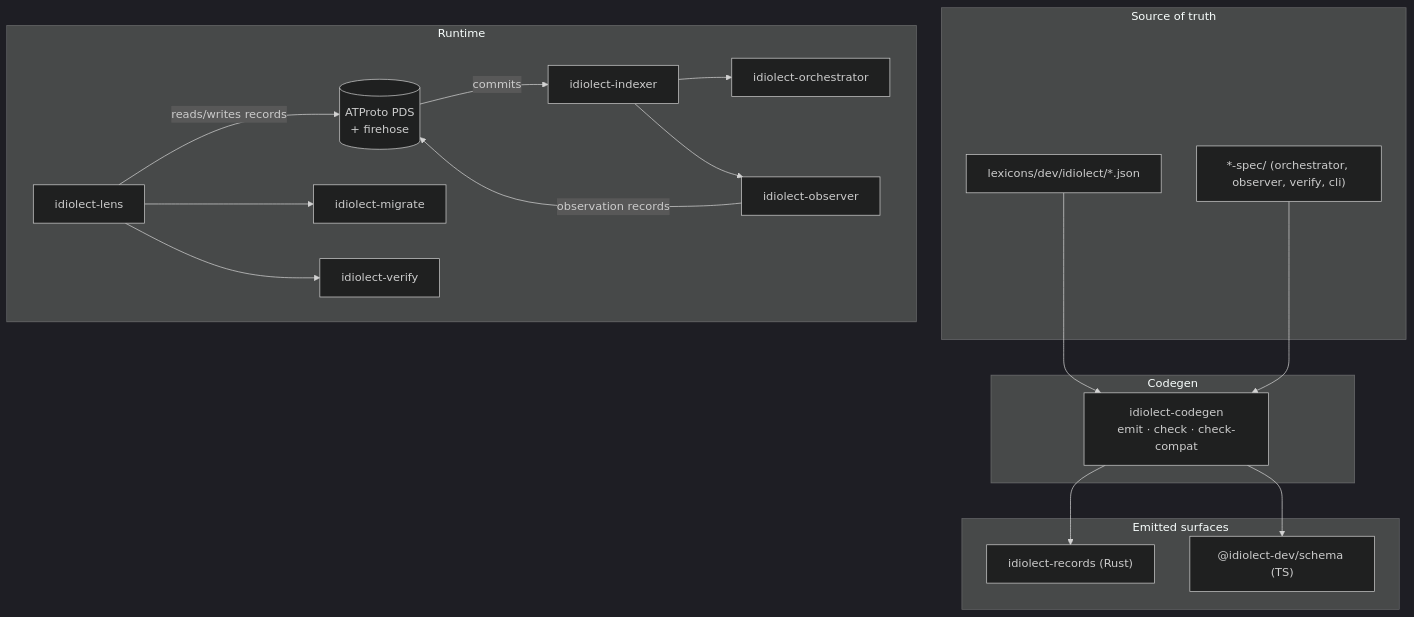
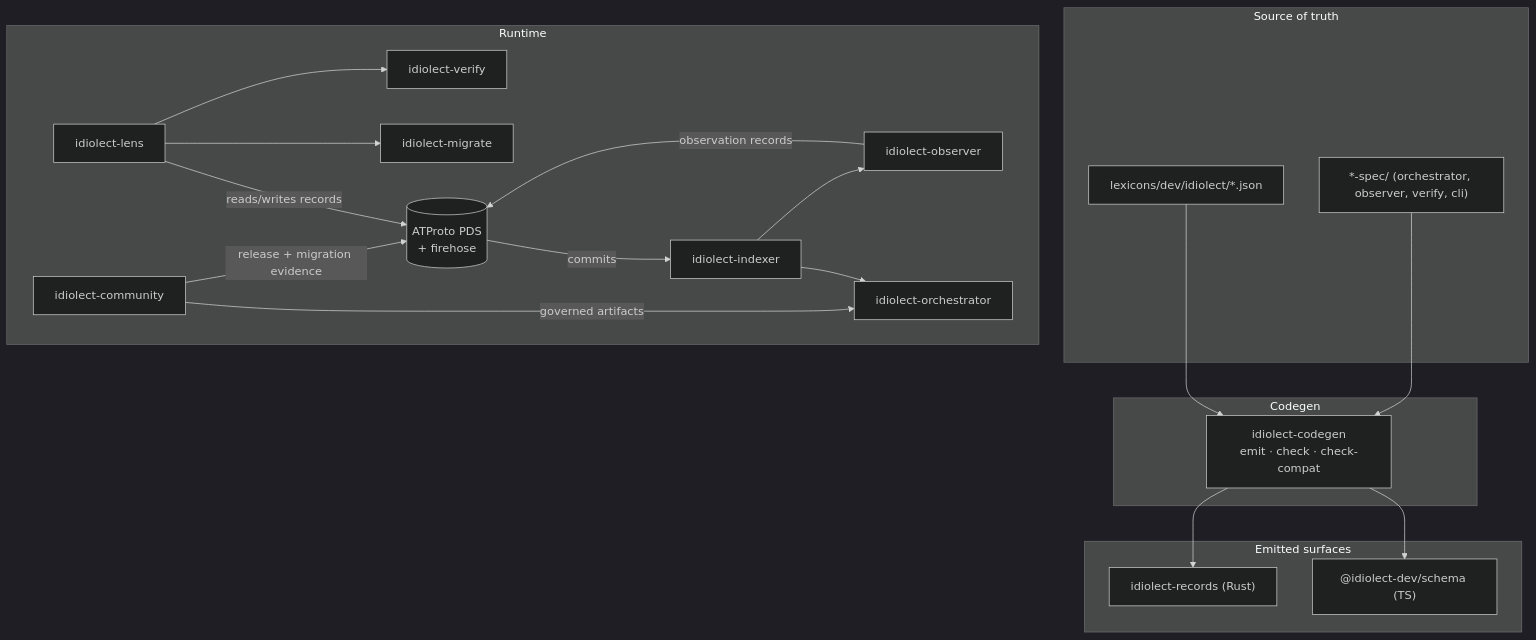
One commit to idiolect-dev/idiolect changed the diagram in docs/book/src/index.md. Above: the diagram before and after it, drawn with Mermaid (dark theme). The commit also changed other lines of this file and 142 other files, not shown here.

````diff
--- a/docs/book/src/index.md
+++ b/docs/book/src/index.md
@@ -59,39 +62,42 @@
 ```mermaid
 flowchart TB
     subgraph sources["Source of truth"]
         LEX["lexicons/dev/idiolect/*.json"]
         SPEC["*-spec/ (orchestrator, observer, verify, cli)"]
     end
 
     subgraph codegen["Codegen"]
         CG["idiolect-codegen<br/>emit · check · check-compat"]
     end
 
     subgraph emitted["Emitted surfaces"]
         RECS["idiolect-records (Rust)"]
         NPM["@idiolect-dev/schema (TS)"]
     end
 
     subgraph runtime["Runtime"]
         PDS[("ATProto PDS<br/>+ firehose")]
         IDX["idiolect-indexer"]
         ORC["idiolect-orchestrator"]
         OBS["idiolect-observer"]
         VER["idiolect-verify"]
         MIG["idiolect-migrate"]
+        COM["idiolect-community"]
         LENS["idiolect-lens"]
     end
 
     LEX --> CG
     SPEC --> CG
     CG --> RECS
     CG --> NPM
 
     PDS -->|commits| IDX
     IDX --> ORC
     IDX --> OBS
     OBS -->|observation records| PDS
     LENS -->|reads/writes records| PDS
     LENS --> MIG
     LENS --> VER
+    COM -->|governed artifacts| ORC
+    COM -->|release + migration evidence| PDS
 ```
````
